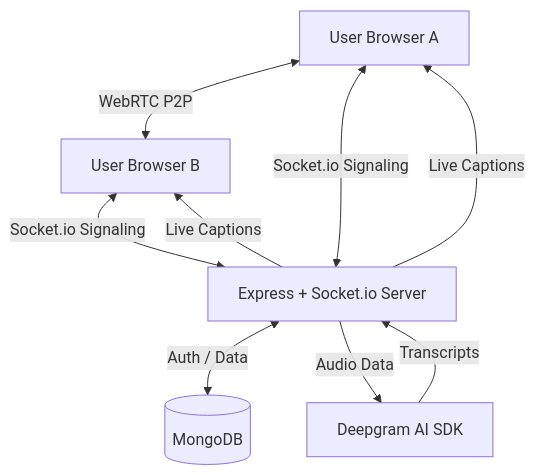
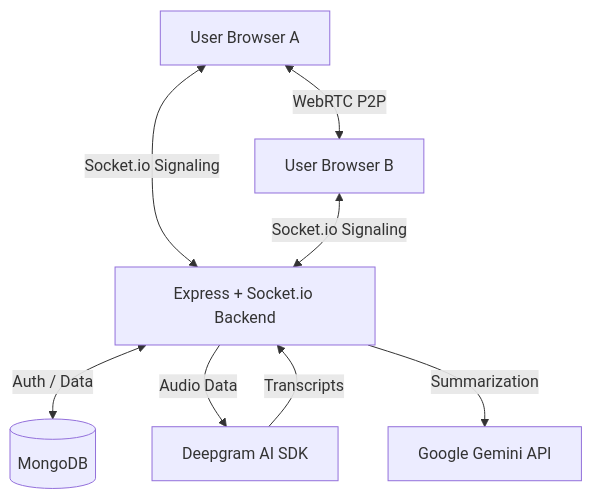
One commit to Manish-kumarsahu/Video_conferencing_system changed the diagram in README.md. Above: the diagram before and after it, drawn with Mermaid. The commit also changed other lines of this file, not shown here.

````diff
--- a/README.md
+++ b/README.md
@@ -94,11 +88,10 @@
 ```mermaid
 graph TD
     UserA[User Browser A] <--> |WebRTC P2P| UserB[User Browser B]
-    UserA <--> |Socket.io Signaling| Server[Express + Socket.io Server]
+    UserA <--> |Socket.io Signaling| Server[Express + Socket.io Backend]
     UserB <--> |Socket.io Signaling| Server
     Server <--> |Auth / Data| DB[(MongoDB)]
     Server --> |Audio Data| Deepgram[Deepgram AI SDK]
     Deepgram --> |Transcripts| Server
-    Server --> |Live Captions| UserA
-    Server --> |Live Captions| UserB
+    Server --> |Summarization| Gemini[Google Gemini API]
 ```
````
